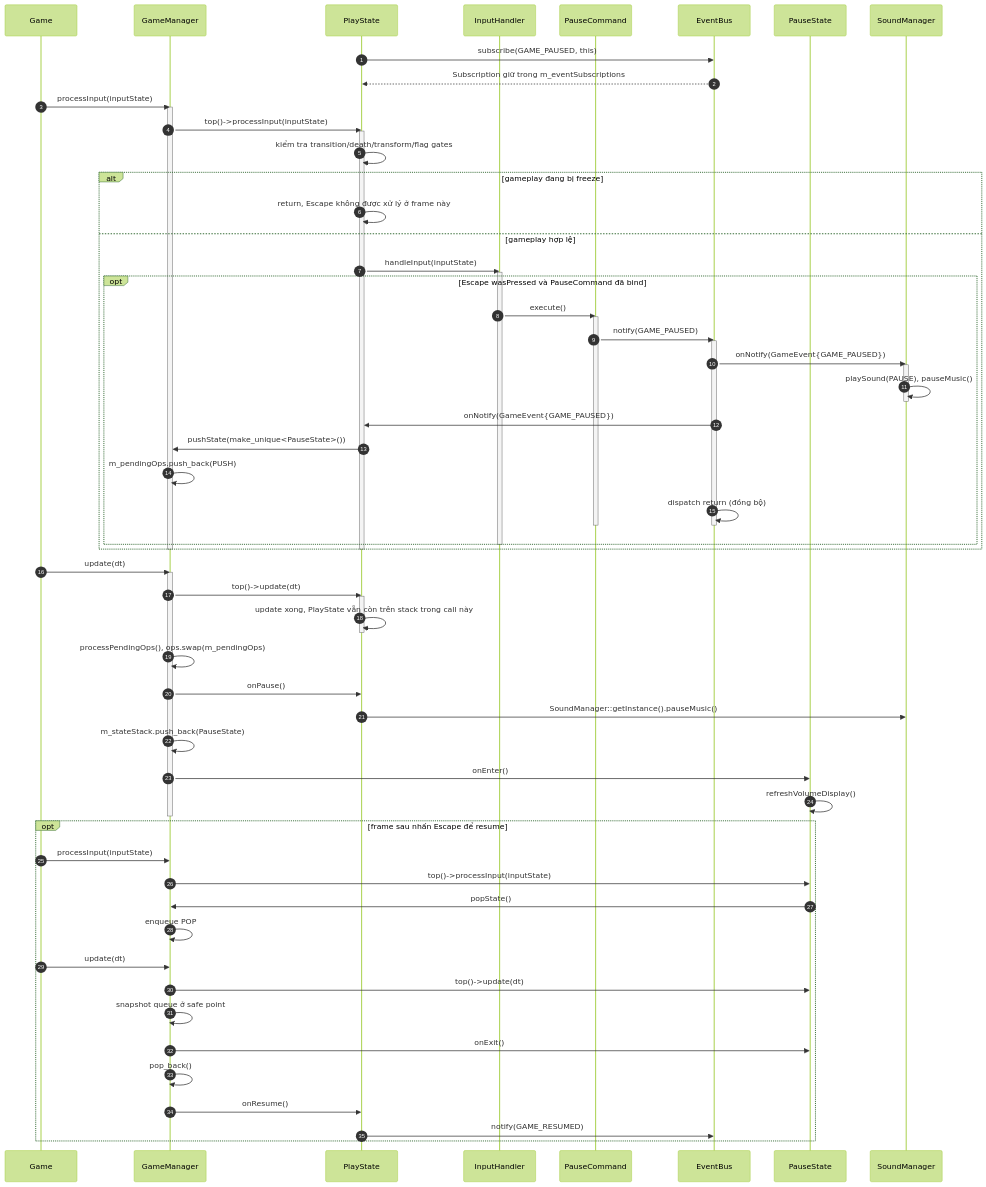
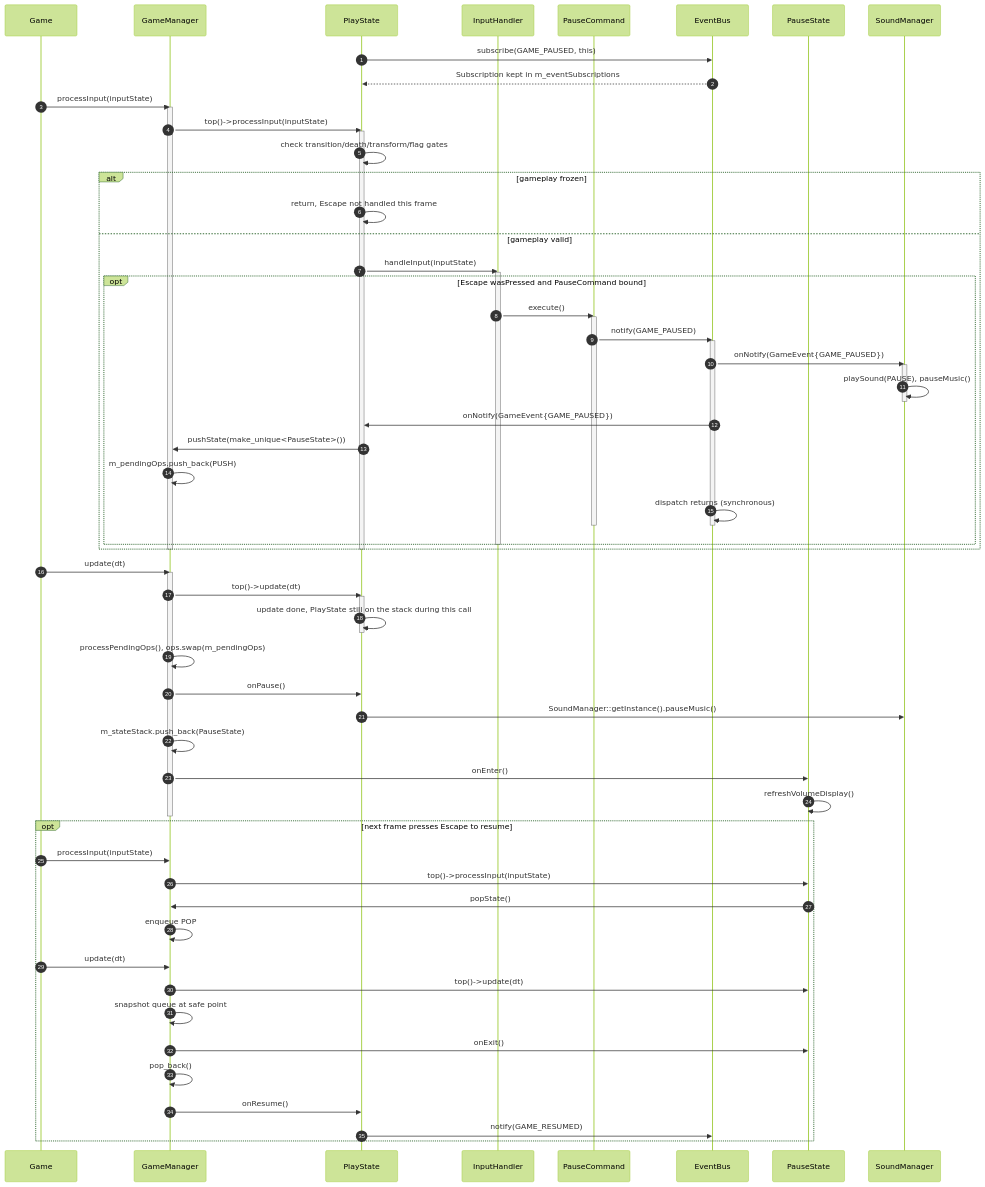
The fourth of 6 diagrams in docs/design_patterns.md (baoduong2342007/CS202-Group04-FinalProject), drawn with Mermaid (forest theme) before and after one commit. The commit also changed other lines of this file and 128 other files, not shown here.

````diff
--- a/docs/design_patterns.md
+++ b/docs/design_patterns.md
@@ -394,74 +402,74 @@
 ```mermaid
 sequenceDiagram
     autonumber
     participant Game as Game
     participant GM as GameManager
     participant PS as PlayState
     participant IH as InputHandler
     participant PauseCmd as PauseCommand
     participant Bus as EventBus
     participant Pause as PauseState
     participant Sound as SoundManager
 
     PS->>Bus: subscribe(GAME_PAUSED, this)
-    Bus-->>PS: Subscription giữ trong m_eventSubscriptions
+    Bus-->>PS: Subscription kept in m_eventSubscriptions
 
     Game->>GM: processInput(inputState)
     activate GM
     GM->>PS: top()->processInput(inputState)
     activate PS
-    PS->>PS: kiểm tra transition/death/transform/flag gates
-    alt gameplay đang bị freeze
-        PS->>PS: return, Escape không được xử lý ở frame này
-    else gameplay hợp lệ
+    PS->>PS: check transition/death/transform/flag gates
+    alt gameplay frozen
+        PS->>PS: return, Escape not handled this frame
+    else gameplay valid
         PS->>IH: handleInput(inputState)
         activate IH
-        opt Escape wasPressed và PauseCommand đã bind
+        opt Escape wasPressed and PauseCommand bound
             IH->>PauseCmd: execute()
             activate PauseCmd
             PauseCmd->>Bus: notify(GAME_PAUSED)
             activate Bus
             Bus->>Sound: onNotify(GameEvent{GAME_PAUSED})
             activate Sound
             Sound->>Sound: playSound(PAUSE), pauseMusic()
             deactivate Sound
             Bus->>PS: onNotify(GameEvent{GAME_PAUSED})
             PS->>GM: pushState(make_unique<PauseState>())
             GM->>GM: m_pendingOps.push_back(PUSH)
-            Bus->>Bus: dispatch return (đồng bộ)
+            Bus->>Bus: dispatch returns (synchronous)
             deactivate Bus
             deactivate PauseCmd
         end
         deactivate IH
     end
     deactivate PS
     deactivate GM
 
     Game->>GM: update(dt)
     activate GM
     GM->>PS: top()->update(dt)
     activate PS
-    PS->>PS: update xong, PlayState vẫn còn trên stack trong call này
+    PS->>PS: update done, PlayState still on the stack during this call
     deactivate PS
     GM->>GM: processPendingOps(), ops.swap(m_pendingOps)
     GM->>PS: onPause()
     PS->>Sound: SoundManager::getInstance().pauseMusic()
     GM->>GM: m_stateStack.push_back(PauseState)
     GM->>Pause: onEnter()
     Pause->>Pause: refreshVolumeDisplay()
     deactivate GM
 
-    opt frame sau nhấn Escape để resume
+    opt next frame presses Escape to resume
         Game->>GM: processInput(inputState)
         GM->>Pause: top()->processInput(inputState)
         Pause->>GM: popState()
         GM->>GM: enqueue POP
         Game->>GM: update(dt)
         GM->>Pause: top()->update(dt)
-        GM->>GM: snapshot queue ở safe point
+        GM->>GM: snapshot queue at safe point
         GM->>Pause: onExit()
         GM->>GM: pop_back()
         GM->>PS: onResume()
         PS->>Bus: notify(GAME_RESUMED)
     end
 ```
````
